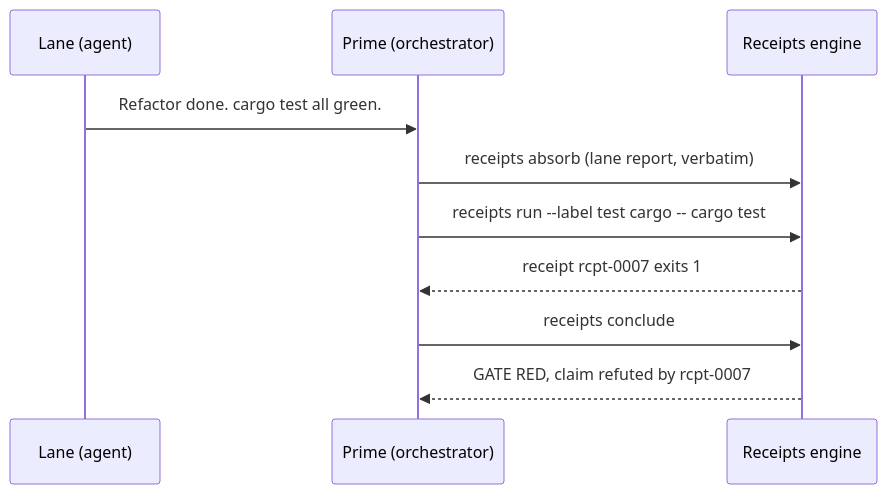
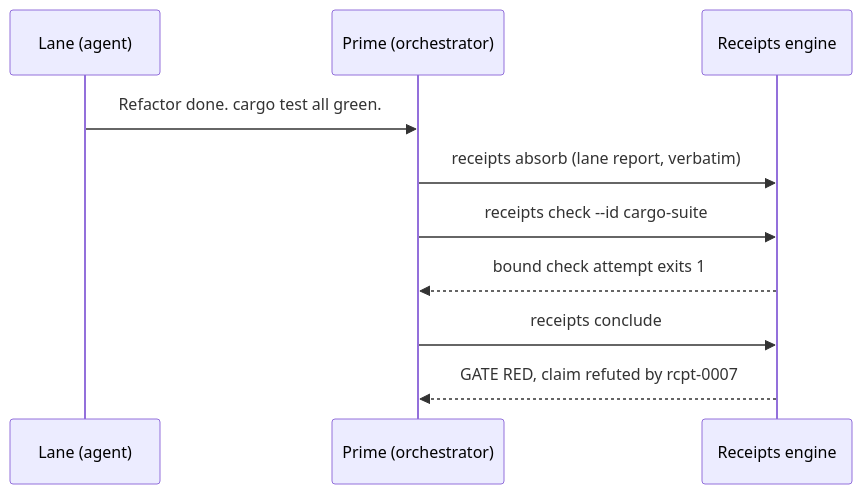
The second of 2 diagrams in README.md (inchwormz/agent-receipts), drawn with Mermaid before and after one commit. The commit also changed other lines of this file and 30 other files, not shown here.

````diff
--- a/README.md
+++ b/README.md
@@ -112,12 +126,12 @@
 ```mermaid
 sequenceDiagram
     participant Lane as Lane (agent)
     participant Prime as Prime (orchestrator)
     participant Engine as Receipts engine
     Lane->>Prime: Refactor done. cargo test all green.
     Prime->>Engine: receipts absorb (lane report, verbatim)
-    Prime->>Engine: receipts run --label test cargo -- cargo test
-    Engine-->>Prime: receipt rcpt-0007 exits 1
+    Prime->>Engine: receipts check --id cargo-suite
+    Engine-->>Prime: bound check attempt exits 1
     Prime->>Engine: receipts conclude
     Engine-->>Prime: GATE RED, claim refuted by rcpt-0007
 ```
````
